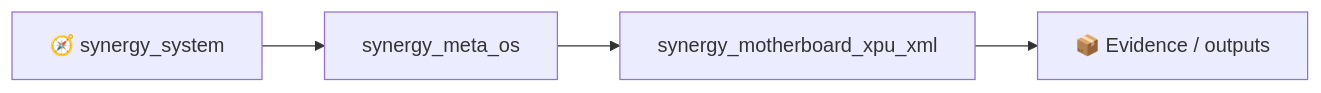
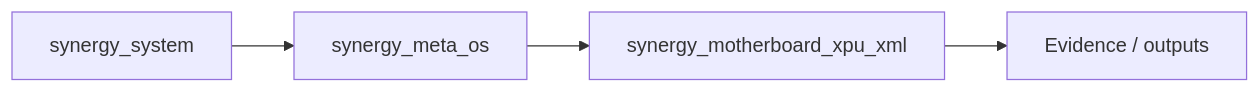
One commit to Shtenco/synergy_motherboard_xpu_xml changed the first of 2 diagrams in README.md. Above: the diagram before and after it, drawn with Mermaid. The commit also changed other lines of this file, not shown here.

````diff
--- a/README.md
+++ b/README.md
@@ -84,6 +84,6 @@
 ```mermaid
 flowchart LR
-    SYS[🧭 synergy_system] --> P[synergy_meta_os]
+    SYS[ synergy_system] --> P[synergy_meta_os]
     P --> THIS[synergy_motherboard_xpu_xml]
-    THIS --> E[📦 Evidence / outputs]
+    THIS --> E[ Evidence / outputs]
 ```
````
